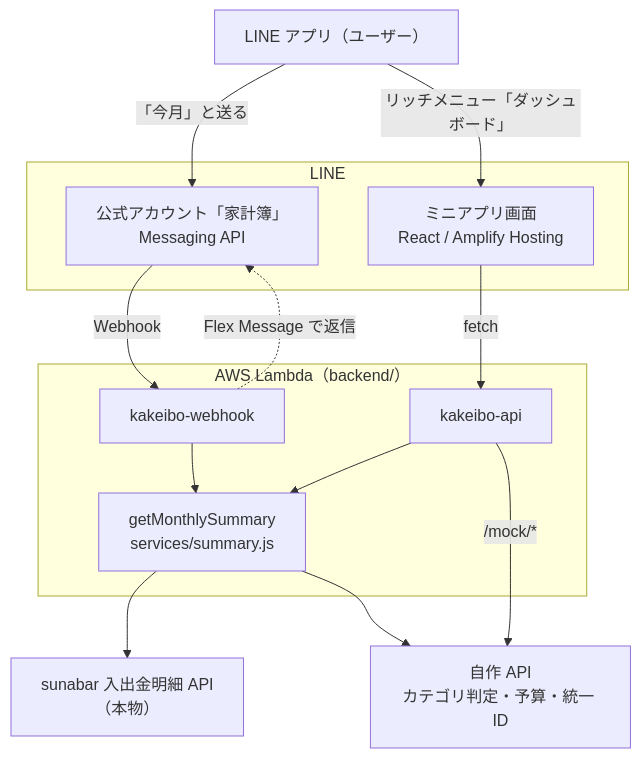
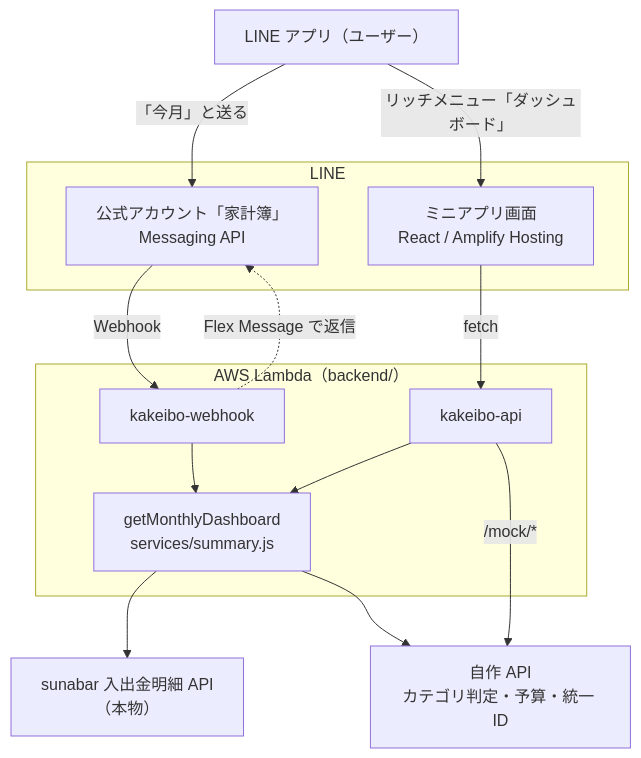
The diagram in README.md (fumi217/omakase-kakeibo), drawn with Mermaid before and after one commit. The commit also changed other lines of this file and 2 other files, not shown here.

Commit message:
docs(backend): #86 summary.js の先頭のコメントを getMonthlyDashboard に合わせる (#87)
* docs(backend): #86 summary.js の先頭のコメントを getMonthlyDashboard に合わせる

#84 でダッシュボードは getMonthlyDashboard を呼ぶようになったが、先頭のコメントが「両方が getMonthlySummary だけを呼ぶ」のままだった。LINE Bot も getMonthlySummary の中で getMonthlyDashboard を通るので、両方が同じ集計を通ることをそのまま書く。動きは変わらない。

* docs: #86 README と plan.md の集計の入口を getMonthlyDashboard に合わせる

#84 で集計の入口が getMonthlyDashboard になったが、README の構成図・説明と plan.md のファイル一覧は getMonthlySummary のままだった。Bot は getMonthlySummary の中で getMonthlyDashboard を通るので、両方が同じ集計を通ることが分かる書き方にそろえる。完了済みのタスク（tasks.md の T010・T034）は当時の記録なので変えない。

---------

````diff
--- a/README.md
+++ b/README.md
@@ -54,29 +54,29 @@
 ```mermaid
 flowchart TB
   user["LINE アプリ（ユーザー）"]
 
   subgraph line["LINE"]
     oa["公式アカウント「家計簿」<br/>Messaging API"]
     mini["ミニアプリ画面<br/>React / Amplify Hosting"]
   end
 
   subgraph aws["AWS Lambda（backend/）"]
     webhook["kakeibo-webhook"]
     api["kakeibo-api"]
-    summary["getMonthlySummary<br/>services/summary.js"]
+    summary["getMonthlyDashboard<br/>services/summary.js"]
   end
 
   sunabar["sunabar 入出金明細 API<br/>（本物）"]
   mock["自作 API<br/>カテゴリ判定・予算・統一 ID"]
 
   user -- "「今月」と送る" --> oa
   user -- "リッチメニュー「ダッシュボード」" --> mini
   oa -- "Webhook" --> webhook
   webhook -. "Flex Message で返信" .-> oa
   mini -- "fetch" --> api
   webhook --> summary
   api --> summary
   summary --> sunabar
   summary --> mock
   api -- "/mock/*" --> mock
 ```
````
